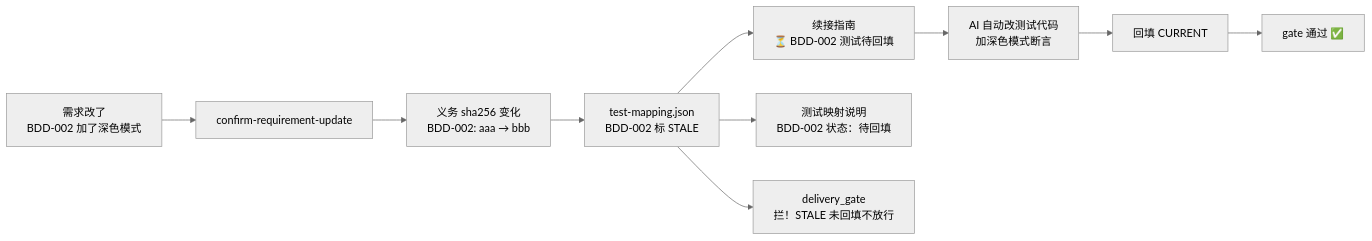
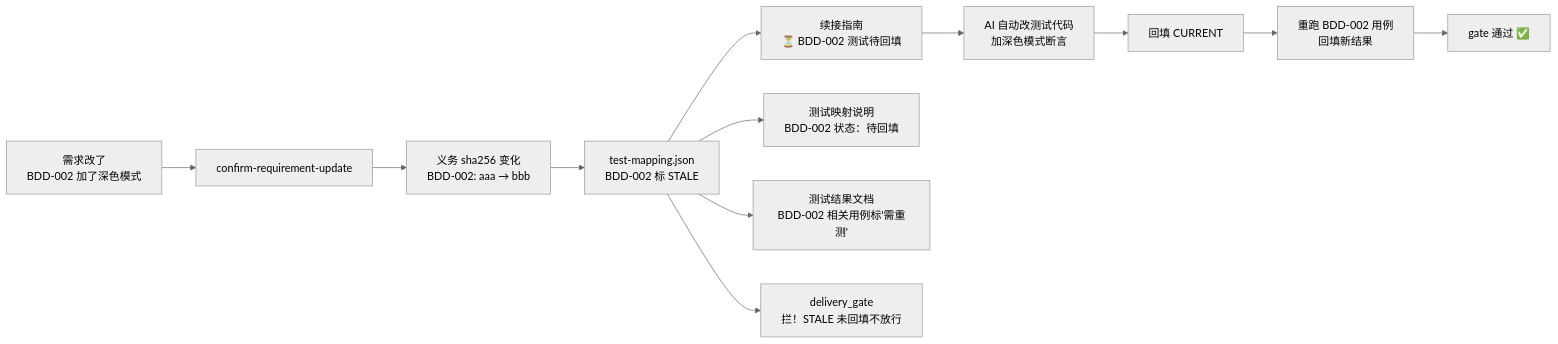
Before and after one commit to yejuntian/android-delivery-skills: the seventh of 10 diagrams in FLOW_DIAGRAMS.md, drawn with Mermaid (neutral theme). The commit also changed other lines of this file and 2 other files, not shown here.

````diff
--- a/FLOW_DIAGRAMS.md
+++ b/FLOW_DIAGRAMS.md
@@ -243,13 +306,15 @@
 ```mermaid
 flowchart LR
     REQ["需求改了<br/>BDD-002 加了深色模式"] --> CONFIRM2["confirm-requirement-update"]
     CONFIRM2 --> HASH["义务 sha256 变化<br/>BDD-002: aaa → bbb"]
     HASH --> STALE["test-mapping.json<br/>BDD-002 标 STALE"]
     STALE --> GUIDE["续接指南<br/>⏳ BDD-002 测试待回填"]
     STALE --> MAP_MD["测试映射说明<br/>BDD-002 状态：待回填"]
+    STALE --> TEST_DOC["测试结果文档<br/>BDD-002 相关用例标'需重测'"]
     STALE --> GATE["delivery_gate<br/>拦！STALE 未回填不放行"]
 
     GUIDE --> AI_FIX["AI 自动改测试代码<br/>加深色模式断言"]
     AI_FIX --> AI_FILL["回填 CURRENT"]
-    AI_FILL --> GATE_PASS["gate 通过 ✅"]
+    AI_FILL --> RETEST["重跑 BDD-002 用例<br/>回填新结果"]
+    RETEST --> GATE_PASS["gate 通过 ✅"]
 ```
````
